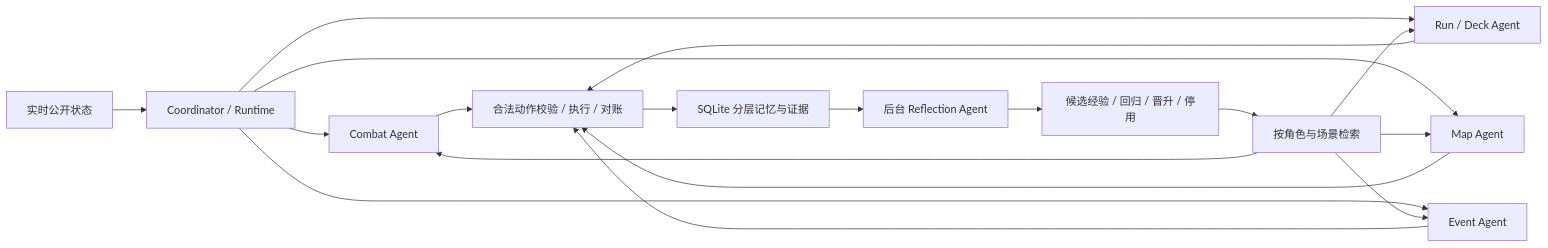
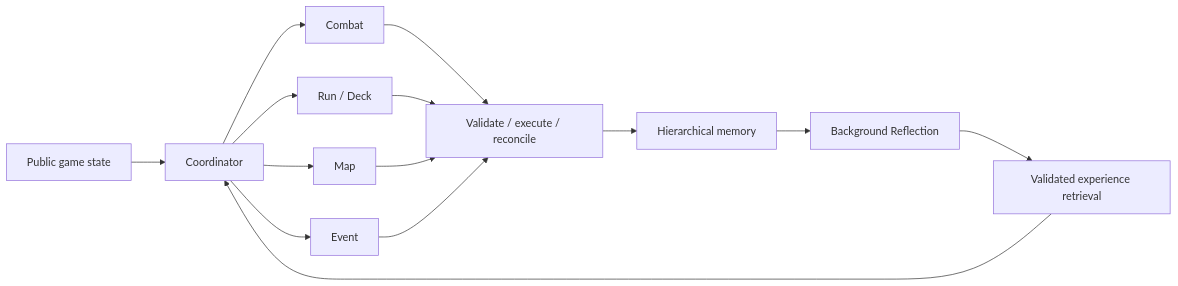
One commit to optima-xu/SpireMind changed the diagram in README.md. Above: the diagram before and after it, drawn with Mermaid. The commit also changed other lines of this file and 17 other files, not shown here.

````diff
--- a/README.md
+++ b/README.md
@@ -46,14 +84,13 @@
 ```mermaid
 flowchart LR
-    State[实时公开状态] --> Coordinator[Coordinator / Runtime]
-    Coordinator --> Combat[Combat Agent]
-    Coordinator --> Run[Run / Deck Agent]
-    Coordinator --> Map[Map Agent]
-    Coordinator --> Event[Event Agent]
-    Combat & Run & Map & Event --> Validate[合法动作校验 / 执行 / 对账]
-    Validate --> Memory[SQLite 分层记忆与证据]
-    Memory --> Reflection[后台 Reflection Agent]
-    Reflection --> Learned[候选经验 / 回归 / 晋升 / 停用]
-    Learned --> Retrieval[按角色与场景检索]
-    Retrieval --> Combat & Run & Map & Event
+    Game[Public game state] --> Coordinator[Coordinator]
+    Coordinator --> Combat[Combat]
+    Coordinator --> Run[Run / Deck]
+    Coordinator --> Map[Map]
+    Coordinator --> Event[Event]
+    Combat & Run & Map & Event --> Execute[Validate / execute / reconcile]
+    Execute --> Memory[Hierarchical memory]
+    Memory --> Reflection[Background Reflection]
+    Reflection --> Retrieval[Validated experience retrieval]
+    Retrieval --> Coordinator
 ```
````
